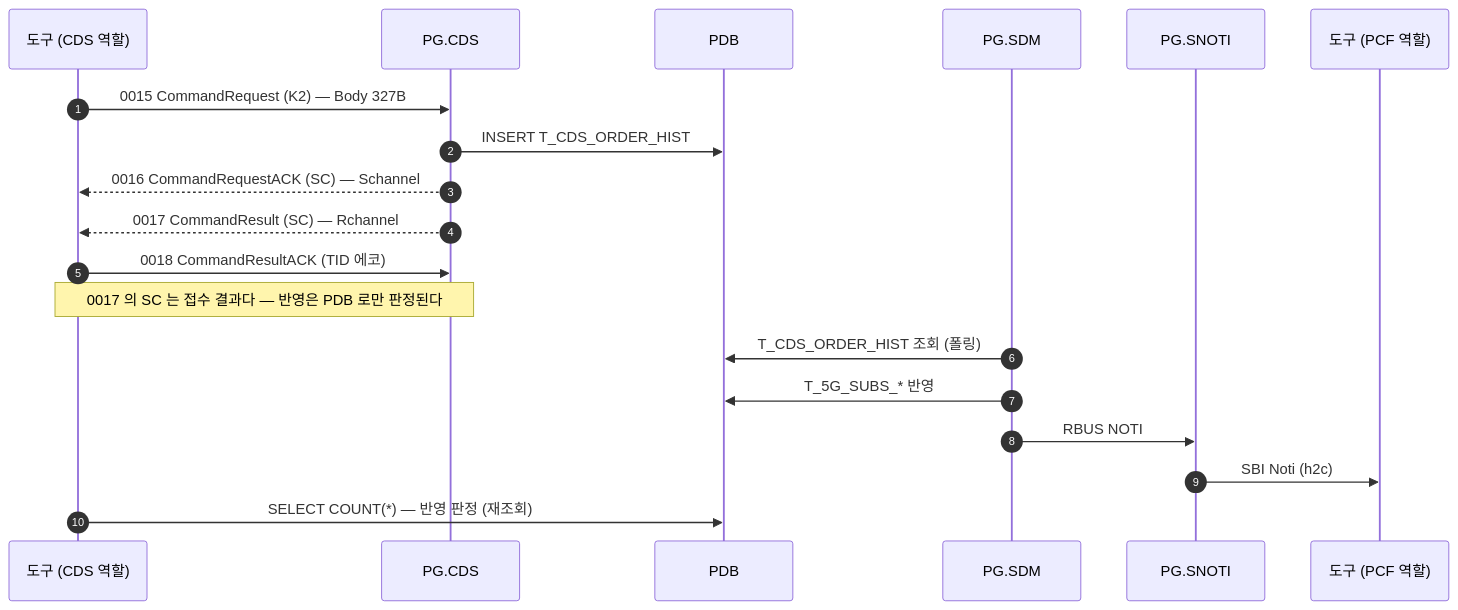
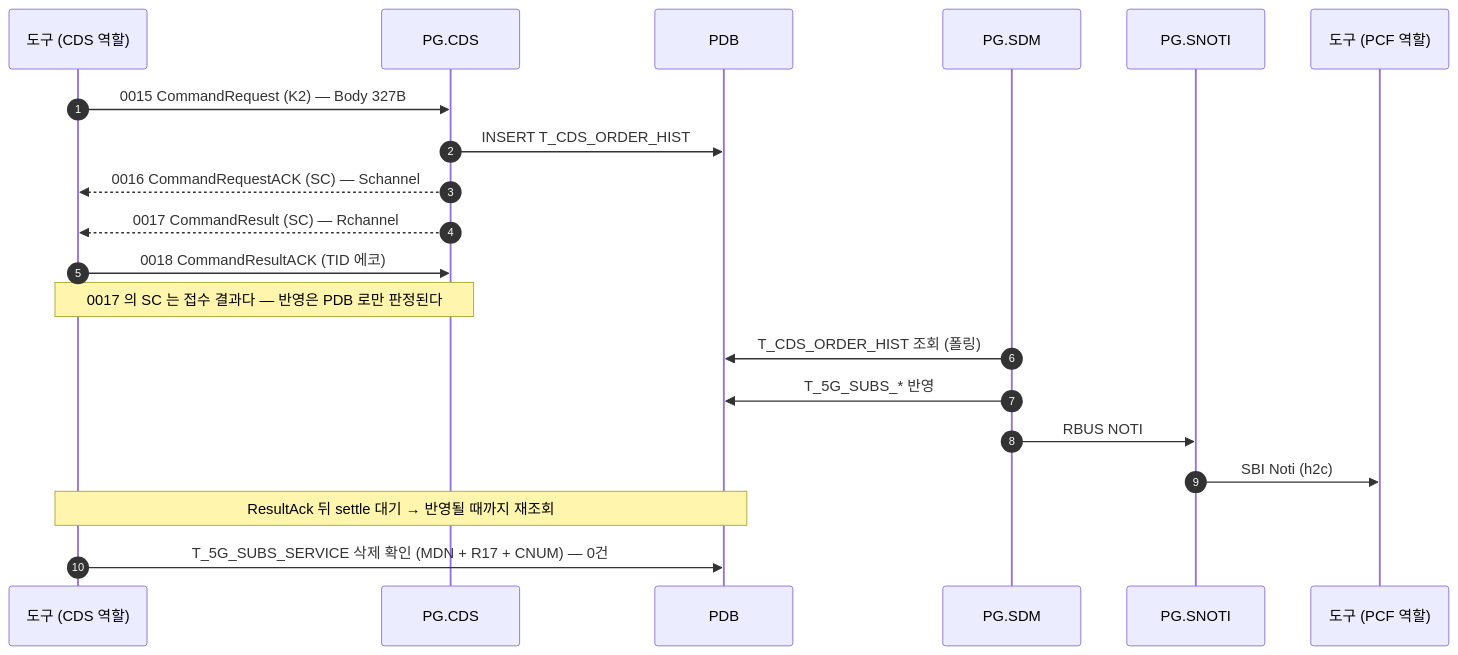
One commit to IanKim2030/tc4robot changed the diagram in docs/callflow/CDS_K2.md. Above: the diagram before and after it, drawn with Mermaid. The commit also changed 18 other files, not shown here.

First line of the commit message:
docs: 콜플로우의 PDB 판정을 코드별 실제 조회로 바꾼다

````diff
--- a/docs/callflow/CDS_K2.md
+++ b/docs/callflow/CDS_K2.md
@@ -17,23 +17,24 @@
 ```mermaid
 sequenceDiagram
     autonumber
     participant TOOL as 도구 (CDS 역할)
     participant PCDS as PG.CDS
     participant PDB as PDB
     participant SDM as PG.SDM
     participant SNOTI as PG.SNOTI
     participant PCF as 도구 (PCF 역할)
 
     TOOL->>PCDS: 0015 CommandRequest (K2) — Body 327B
     PCDS->>PDB: INSERT T_CDS_ORDER_HIST
     PCDS-->>TOOL: 0016 CommandRequestACK (SC) — Schannel
     PCDS-->>TOOL: 0017 CommandResult (SC) — Rchannel
     TOOL->>PCDS: 0018 CommandResultACK (TID 에코)
     Note over TOOL,PCDS: 0017 의 SC 는 접수 결과다 — 반영은 PDB 로만 판정된다
 
     SDM->>PDB: T_CDS_ORDER_HIST 조회 (폴링)
     SDM->>PDB: T_5G_SUBS_* 반영
     SDM->>SNOTI: RBUS NOTI
     SNOTI->>PCF: SBI Noti (h2c)
-    TOOL->>PDB: SELECT COUNT(*) — 반영 판정 (재조회)
+    Note over TOOL,PDB: ResultAck 뒤 settle 대기 → 반영될 때까지 재조회
+    TOOL->>PDB: T_5G_SUBS_SERVICE 삭제 확인 (MDN + R17 + CNUM) — 0건
 ```
````
